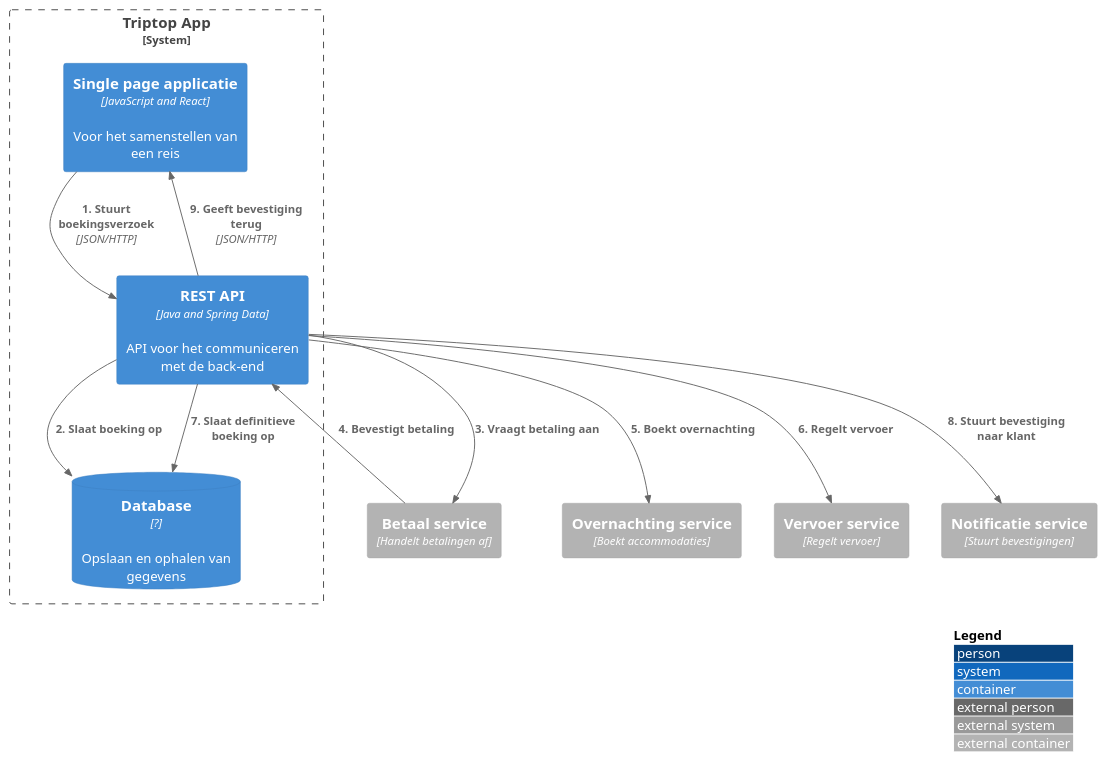
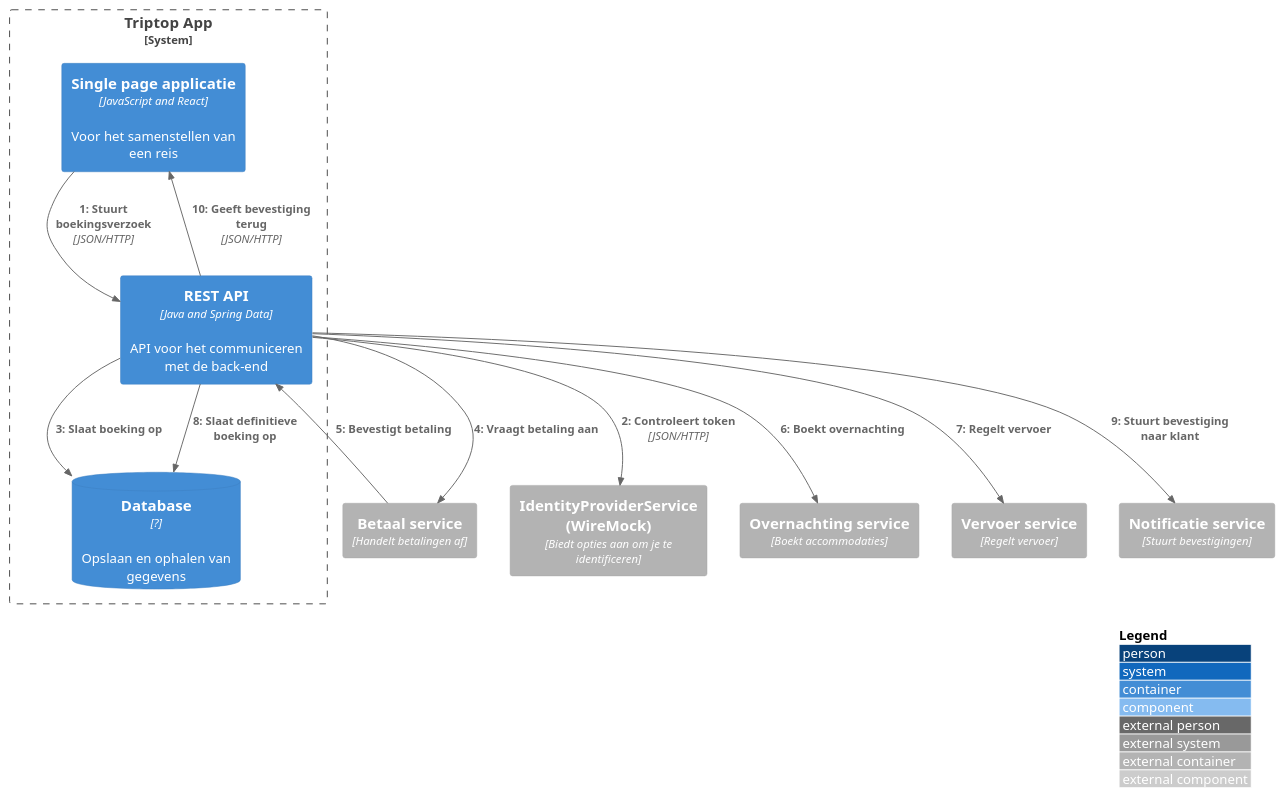
One commit to AIM-ENE-feb25/triptop-de-broederbond-fgs changed the diagram in groeps-uitwerkingen/week1/diagrammen/container/reis-boeken-dynamisch-container-diagram.puml. Above: the diagram before and after it, drawn with PlantUML. The commit also changed 13 other files, not shown here.

```diff
--- a/groeps-uitwerkingen/week1/diagrammen/container/reis-boeken-dynamisch-container-diagram.puml
+++ b/groeps-uitwerkingen/week1/diagrammen/container/reis-boeken-dynamisch-container-diagram.puml
@@ -1,30 +1,32 @@
 @startuml
 
-!include https://raw.githubusercontent.com/plantuml-stdlib/C4-PlantUML/master/C4_Container.puml
+!include https://raw.githubusercontent.com/plantuml-stdlib/C4-PlantUML/master/C4_Dynamic.puml
 
 SHOW_PERSON_OUTLINE()
 LAYOUT_WITH_LEGEND()
 
 System_Boundary(tripTopApp, "Triptop App") {
     Container(singlePageApp, "Single page applicatie", "JavaScript and React", "Voor het samenstellen van een reis")
     Container(restAPI, "REST API", "Java and Spring Data", "API voor het communiceren met de back-end")
     ContainerDb(database, "Database", "?", "Opslaan en ophalen van gegevens")
 }
 
+Container_Ext(identityProviderService, "IdentityProviderService (WireMock)", "Biedt opties aan om je te identificeren")
 Container_Ext(overnachtingService, "Overnachting service", "Boekt accommodaties")
 Container_Ext(vervoerService, "Vervoer service", "Regelt vervoer")
 Container_Ext(paymentService, "Betaal service", "Handelt betalingen af")
 Container_Ext(noticationService, "Notificatie service", "Stuurt bevestigingen")
 
-Rel_D(singlePageApp, restAPI, "1. Stuurt boekingsverzoek", "JSON/HTTP")
+Rel_D(singlePageApp, restAPI, "Stuurt boekingsverzoek", "JSON/HTTP")
 ' Om te voorkomen dat een andere gebruiken deze boeking kan 'overnemen'
-Rel_D(restAPI, database, "2. Slaat boeking op")
-Rel_D(restAPI, paymentService, "3. Vraagt betaling aan")
-Rel_D(paymentService, restAPI, "4. Bevestigt betaling")
-Rel_D(restAPI, overnachtingService, "5. Boekt overnachting")
-Rel_D(restAPI, vervoerService, "6. Regelt vervoer")
-Rel_D(restAPI, database, "7. Slaat definitieve boeking op")
-Rel_D(restAPI, noticationService, "8. Stuurt bevestiging naar klant")
-Rel(restAPI, singlePageApp, "9. Geeft bevestiging terug", "JSON/HTTP")
+Rel(restAPI, identityProviderService, "Controleert token", "JSON/HTTP")
+Rel_D(restAPI, database, "Slaat boeking op")
+Rel_D(restAPI, paymentService, "Vraagt betaling aan")
+Rel_D(paymentService, restAPI, "Bevestigt betaling")
+Rel_D(restAPI, overnachtingService, "Boekt overnachting")
+Rel_D(restAPI, vervoerService, "Regelt vervoer")
+Rel_D(restAPI, database, "Slaat definitieve boeking op")
+Rel_D(restAPI, noticationService, "Stuurt bevestiging naar klant")
+Rel(restAPI, singlePageApp, "Geeft bevestiging terug", "JSON/HTTP")
 
 @enduml
```
